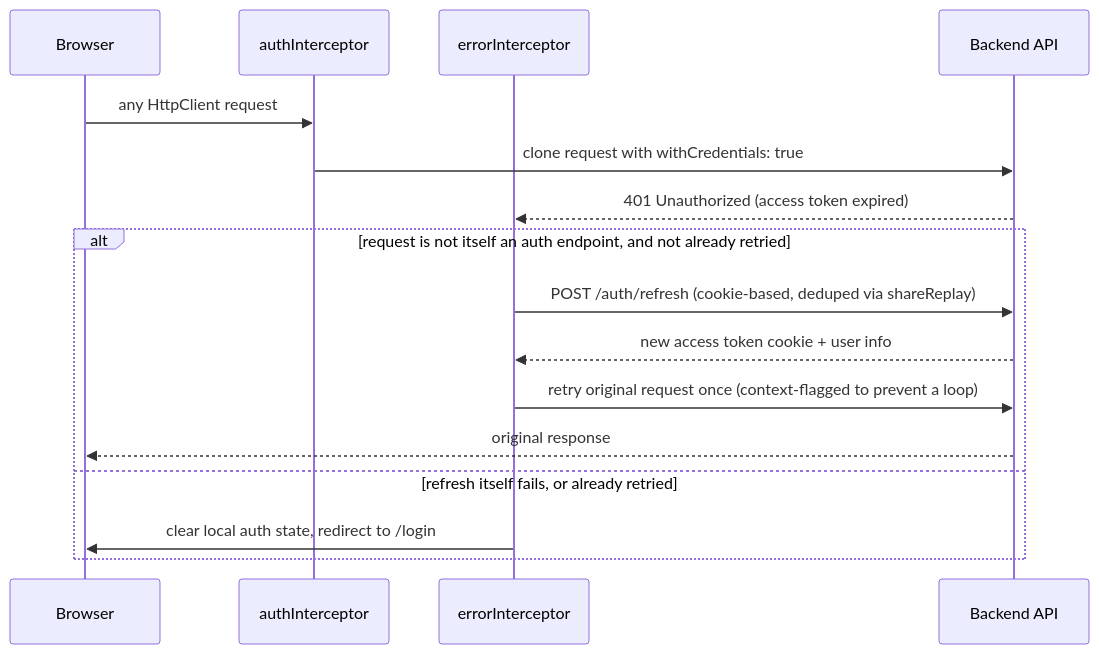
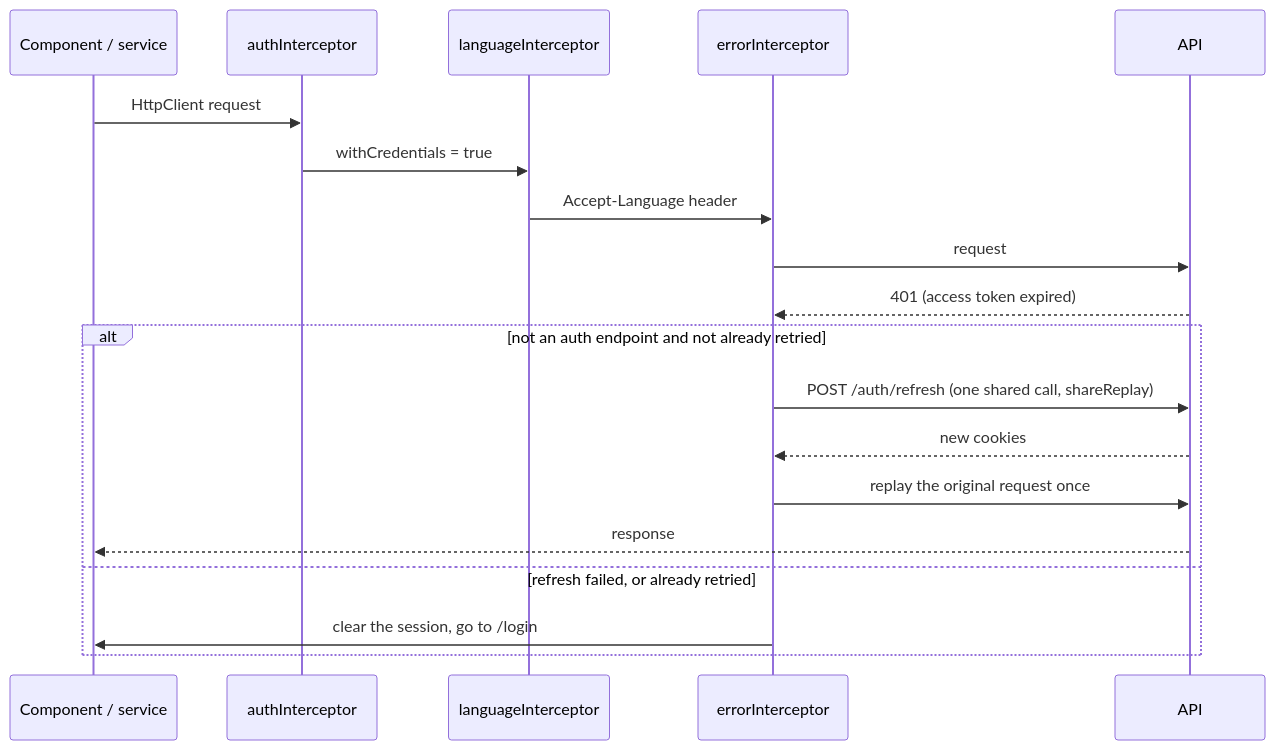
The diagram in docs/architecture.md (LouziAmine/---Bladi-Credit-Portal---), drawn with Mermaid before and after one commit. The commit also changed other lines of this file and 529 other files, not shown here.

````diff
--- a/docs/architecture.md
+++ b/docs/architecture.md
@@ -49,19 +63,22 @@
 ```mermaid
 sequenceDiagram
-    participant Browser
-    participant authInterceptor
-    participant errorInterceptor
-    participant API as Backend API
+    participant C as Component / service
+    participant AI as authInterceptor
+    participant LI as languageInterceptor
+    participant EI as errorInterceptor
+    participant API as API
 
-    Browser->>authInterceptor: any HttpClient request
-    authInterceptor->>API: clone request with withCredentials: true
-    API-->>errorInterceptor: 401 Unauthorized (access token expired)
-    alt request is not itself an auth endpoint, and not already retried
-        errorInterceptor->>API: POST /auth/refresh (cookie-based, deduped via shareReplay)
-        API-->>errorInterceptor: new access token cookie + user info
-        errorInterceptor->>API: retry original request once (context-flagged to prevent a loop)
-        API-->>Browser: original response
-    else refresh itself fails, or already retried
-        errorInterceptor->>Browser: clear local auth state, redirect to /login
+    C->>AI: HttpClient request
+    AI->>LI: withCredentials = true
+    LI->>EI: Accept-Language header
+    EI->>API: request
+    API-->>EI: 401 (access token expired)
+    alt not an auth endpoint and not already retried
+        EI->>API: POST /auth/refresh (one shared call, shareReplay)
+        API-->>EI: new cookies
+        EI->>API: replay the original request once
+        API-->>C: response
+    else refresh failed, or already retried
+        EI->>C: clear the session, go to /login
     end
 ```
````
